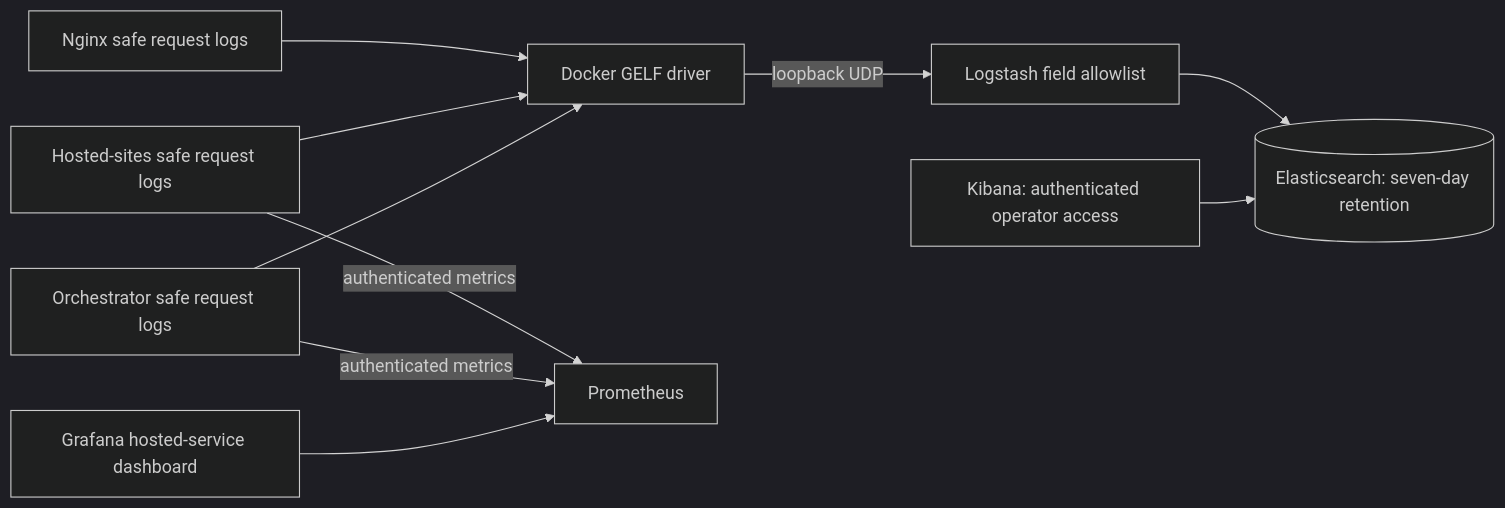
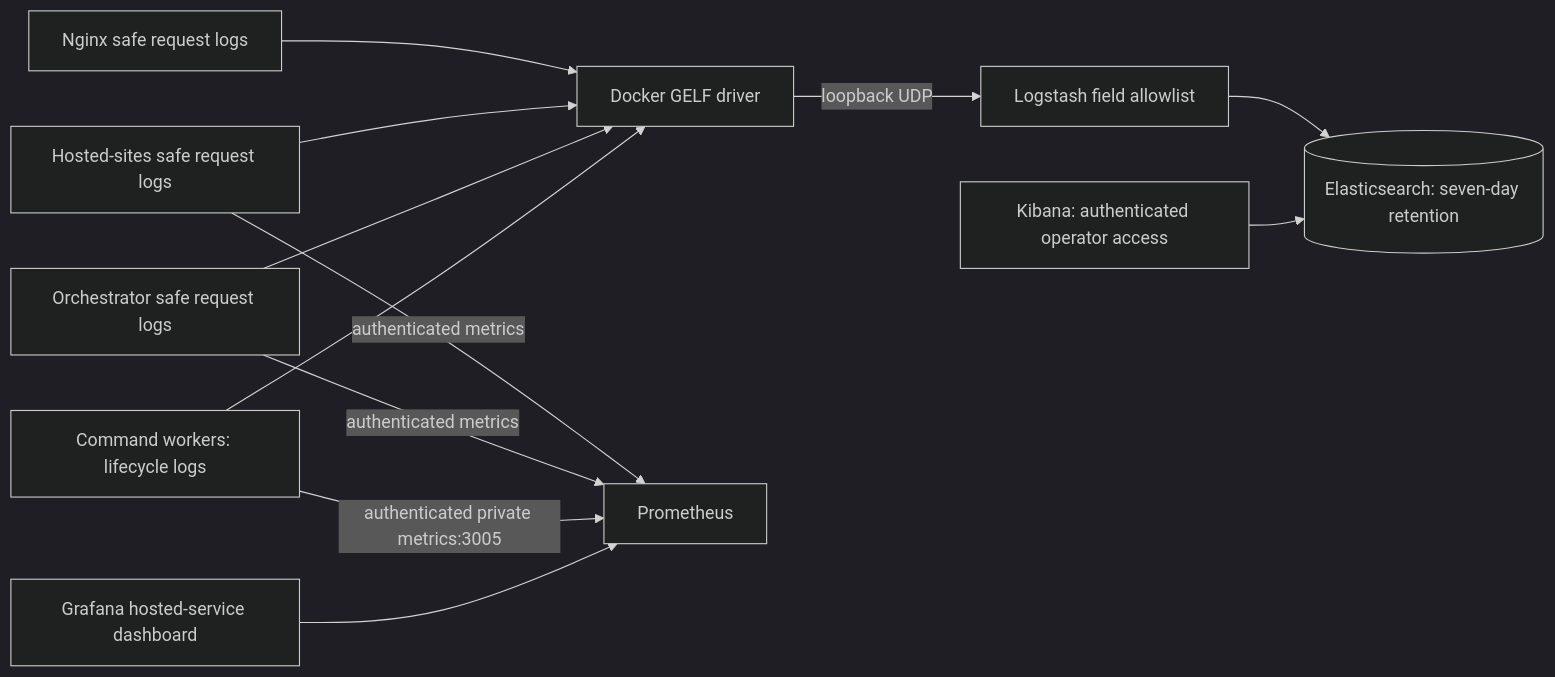
One commit to Kaiwen0418/agent-benchmark changed the diagram in docs/observability.md. Above: the diagram before and after it, drawn with Mermaid (dark theme). The commit also changed other lines of this file and 31 other files, not shown here.

First line of the commit message:
ops(orchestrator): expose progress metrics and lifecycle logs

````diff
--- a/docs/observability.md
+++ b/docs/observability.md
@@ -13,12 +14,14 @@
 ```mermaid
 flowchart LR
   Gateway[Nginx safe request logs] --> Docker[Docker GELF driver]
   Sites[Hosted-sites safe request logs] --> Docker
   API[Orchestrator safe request logs] --> Docker
+  Worker[Command workers: lifecycle logs] --> Docker
   Docker -->|loopback UDP| LS[Logstash field allowlist]
   LS --> ES[(Elasticsearch: seven-day retention)]
   Kibana[Kibana: authenticated operator access] --> ES
   Sites -->|authenticated metrics| Prom[Prometheus]
   API -->|authenticated metrics| Prom
+  Worker -->|authenticated private metrics:3005| Prom
   Grafana[Grafana hosted-service dashboard] --> Prom
 ```
````
